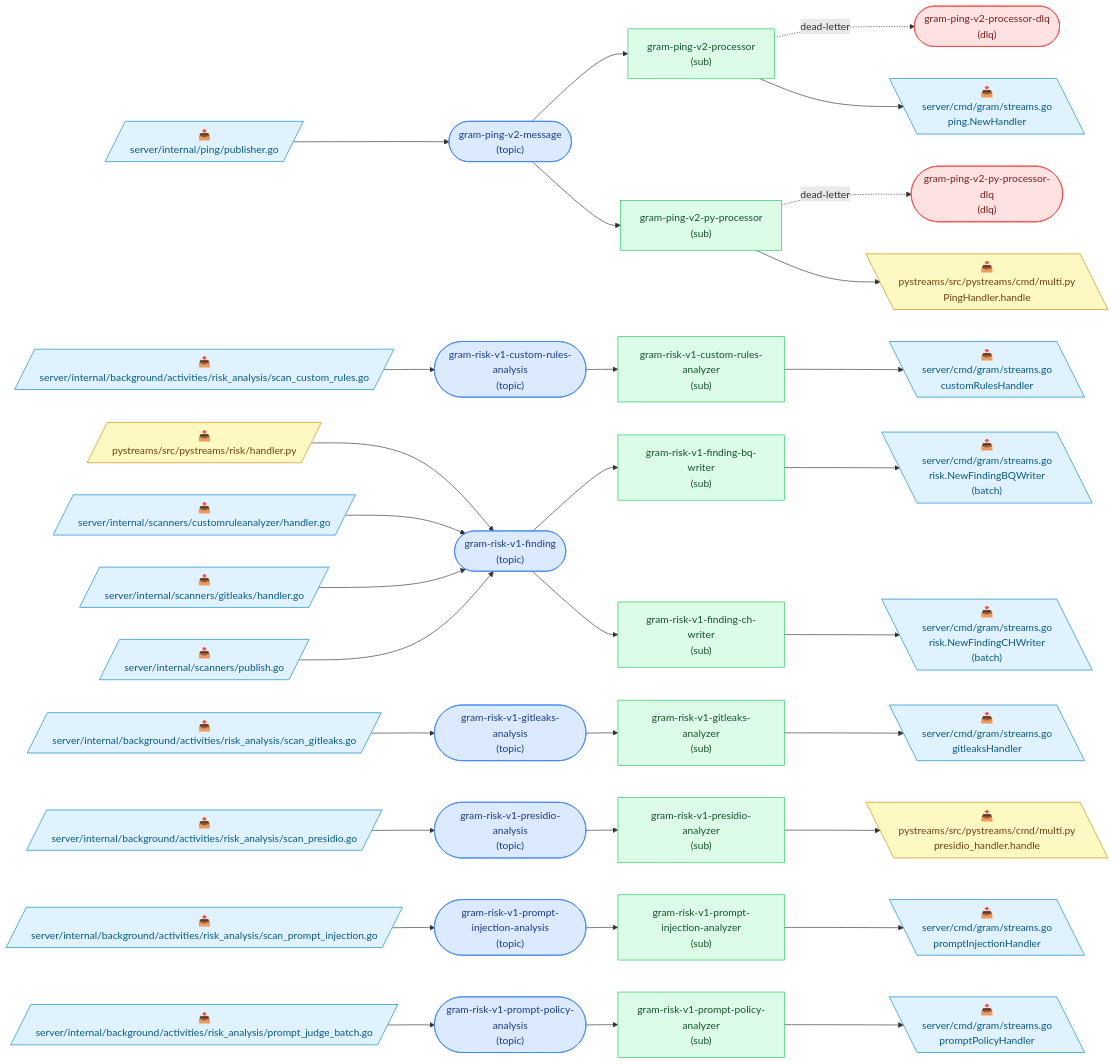
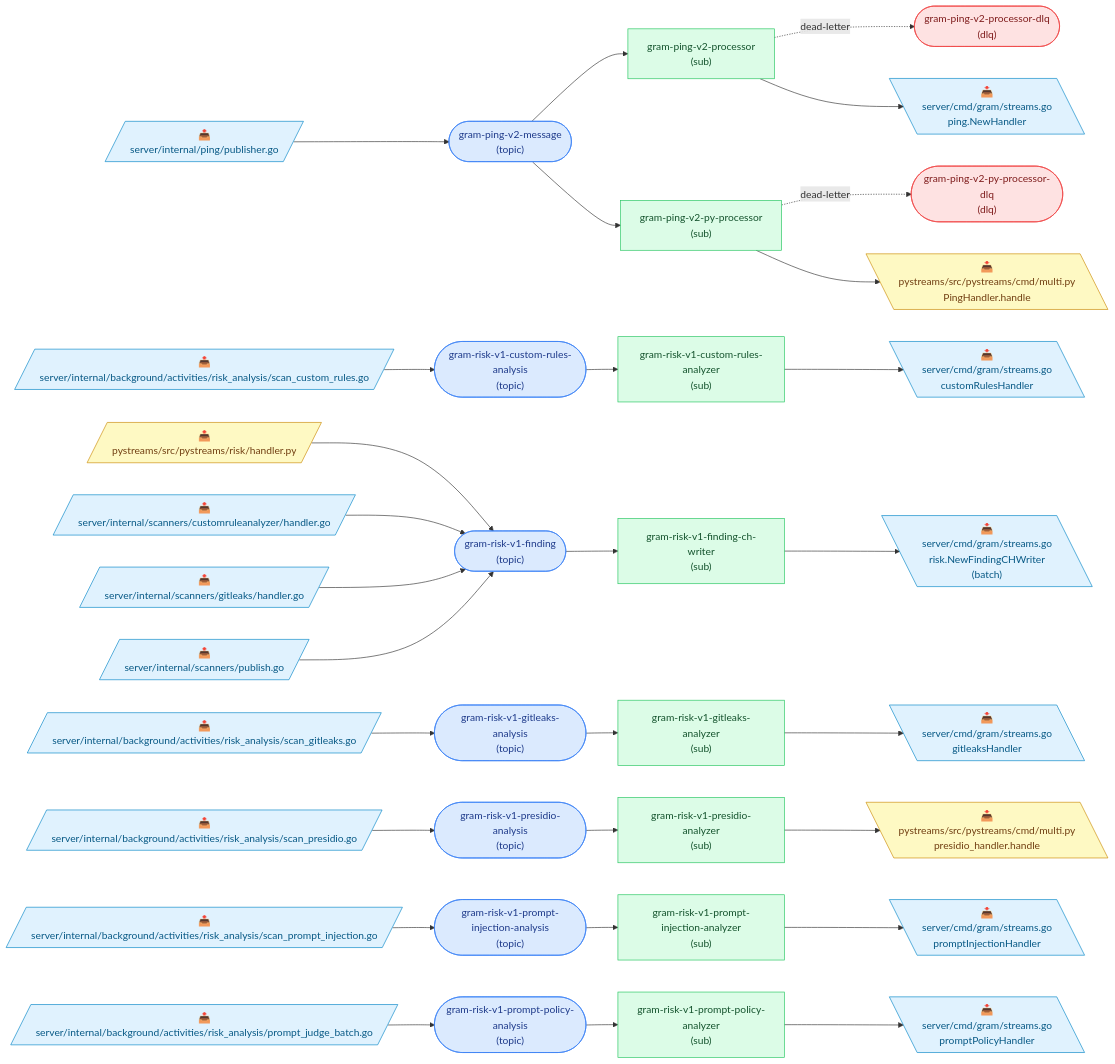
One commit to speakeasy-api/gram changed the diagram in docs/pubsub-topology.md. Above: the diagram before and after it, drawn with Mermaid. The commit also changed other lines of this file and 18 other files, not shown here.

Commit message:
chore: removes BigQuery writer for risk findings

````diff
--- a/docs/pubsub-topology.md
+++ b/docs/pubsub-topology.md
@@ -9,78 +9,74 @@
 ```mermaid
 flowchart LR
   classDef topic fill:#dbeafe,stroke:#3b82f6,color:#1e3a8a;
   classDef dlq fill:#fee2e2,stroke:#ef4444,color:#7f1d1d;
   classDef sub fill:#dcfce7,stroke:#22c55e,color:#14532d;
   classDef go fill:#e0f2fe,stroke:#0284c7,color:#075985;
   classDef python fill:#fef9c3,stroke:#ca8a04,color:#713f12;
   classDef deprecated stroke-dasharray:4 3,opacity:0.55;
 
   t_gram_ping_v2_message(["gram-ping-v2-message<br/>(topic)"]):::topic
   t_gram_ping_v2_processor_dlq(["gram-ping-v2-processor-dlq<br/>(dlq)"]):::dlq
   t_gram_ping_v2_py_processor_dlq(["gram-ping-v2-py-processor-dlq<br/>(dlq)"]):::dlq
   t_gram_risk_v1_custom_rules_analysis(["gram-risk-v1-custom-rules-analysis<br/>(topic)"]):::topic
   t_gram_risk_v1_finding(["gram-risk-v1-finding<br/>(topic)"]):::topic
   t_gram_risk_v1_gitleaks_analysis(["gram-risk-v1-gitleaks-analysis<br/>(topic)"]):::topic
   t_gram_risk_v1_presidio_analysis(["gram-risk-v1-presidio-analysis<br/>(topic)"]):::topic
   t_gram_risk_v1_prompt_injection_analysis(["gram-risk-v1-prompt-injection-analysis<br/>(topic)"]):::topic
   t_gram_risk_v1_prompt_policy_analysis(["gram-risk-v1-prompt-policy-analysis<br/>(topic)"]):::topic
   s_gram_ping_v2_processor["gram-ping-v2-processor<br/>(sub)"]:::sub
   s_gram_ping_v2_py_processor["gram-ping-v2-py-processor<br/>(sub)"]:::sub
   s_gram_risk_v1_custom_rules_analyzer["gram-risk-v1-custom-rules-analyzer<br/>(sub)"]:::sub
-  s_gram_risk_v1_finding_bq_writer["gram-risk-v1-finding-bq-writer<br/>(sub)"]:::sub
   s_gram_risk_v1_finding_ch_writer["gram-risk-v1-finding-ch-writer<br/>(sub)"]:::sub
   s_gram_risk_v1_gitleaks_analyzer["gram-risk-v1-gitleaks-analyzer<br/>(sub)"]:::sub
   s_gram_risk_v1_presidio_analyzer["gram-risk-v1-presidio-analyzer<br/>(sub)"]:::sub
   s_gram_risk_v1_prompt_injection_analyzer["gram-risk-v1-prompt-injection-analyzer<br/>(sub)"]:::sub
   s_gram_risk_v1_prompt_policy_analyzer["gram-risk-v1-prompt-policy-analyzer<br/>(sub)"]:::sub
 
   p0[/"📤<br/>server/internal/ping/publisher.go"/]:::go
   p0 --> t_gram_ping_v2_message
   p1[/"📤<br/>server/internal/background/activities/risk_analysis/scan_custom_rules.go"/]:::go
   p1 --> t_gram_risk_v1_custom_rules_analysis
   p2[/"📤<br/>pystreams/src/pystreams/risk/handler.py"/]:::python
   p2 --> t_gram_risk_v1_finding
   p3[/"📤<br/>server/internal/scanners/customruleanalyzer/handler.go"/]:::go
   p3 --> t_gram_risk_v1_finding
   p4[/"📤<br/>server/internal/scanners/gitleaks/handler.go"/]:::go
   p4 --> t_gram_risk_v1_finding
   p5[/"📤<br/>server/internal/scanners/publish.go"/]:::go
   p5 --> t_gram_risk_v1_finding
   p6[/"📤<br/>server/internal/background/activities/risk_analysis/scan_gitleaks.go"/]:::go
   p6 --> t_gram_risk_v1_gitleaks_analysis
   p7[/"📤<br/>server/internal/background/activities/risk_analysis/scan_presidio.go"/]:::go
   p7 --> t_gram_risk_v1_presidio_analysis
   p8[/"📤<br/>server/internal/background/activities/risk_analysis/scan_prompt_injection.go"/]:::go
   p8 --> t_gram_risk_v1_prompt_injection_analysis
   p9[/"📤<br/>server/internal/background/activities/risk_analysis/prompt_judge_batch.go"/]:::go
   p9 --> t_gram_risk_v1_prompt_policy_analysis
   t_gram_ping_v2_message --> s_gram_ping_v2_processor
   s_gram_ping_v2_processor -. dead-letter .-> t_gram_ping_v2_processor_dlq
   t_gram_ping_v2_message --> s_gram_ping_v2_py_processor
   s_gram_ping_v2_py_processor -. dead-letter .-> t_gram_ping_v2_py_processor_dlq
   t_gram_risk_v1_custom_rules_analysis --> s_gram_risk_v1_custom_rules_analyzer
-  t_gram_risk_v1_finding --> s_gram_risk_v1_finding_bq_writer
   t_gram_risk_v1_finding --> s_gram_risk_v1_finding_ch_writer
   t_gram_risk_v1_gitleaks_analysis --> s_gram_risk_v1_gitleaks_analyzer
   t_gram_risk_v1_presidio_analysis --> s_gram_risk_v1_presidio_analyzer
   t_gram_risk_v1_prompt_injection_analysis --> s_gram_risk_v1_prompt_injection_analyzer
   t_gram_risk_v1_prompt_policy_analysis --> s_gram_risk_v1_prompt_policy_analyzer
   c10[\"📥<br/>server/cmd/gram/streams.go<br/>ping.NewHandler"\]:::go
   s_gram_ping_v2_processor --> c10
   c11[\"📥<br/>pystreams/src/pystreams/cmd/multi.py<br/>PingHandler.handle"\]:::python
   s_gram_ping_v2_py_processor --> c11
   c12[\"📥<br/>server/cmd/gram/streams.go<br/>customRulesHandler"\]:::go
   s_gram_risk_v1_custom_rules_analyzer --> c12
-  c13[\"📥<br/>server/cmd/gram/streams.go<br/>risk.NewFindingBQWriter<br/>(batch)"\]:::go
-  s_gram_risk_v1_finding_bq_writer --> c13
-  c14[\"📥<br/>server/cmd/gram/streams.go<br/>risk.NewFindingCHWriter<br/>(batch)"\]:::go
-  s_gram_risk_v1_finding_ch_writer --> c14
-  c15[\"📥<br/>server/cmd/gram/streams.go<br/>gitleaksHandler"\]:::go
-  s_gram_risk_v1_gitleaks_analyzer --> c15
-  c16[\"📥<br/>pystreams/src/pystreams/cmd/multi.py<br/>presidio_handler.handle"\]:::python
-  s_gram_risk_v1_presidio_analyzer --> c16
-  c17[\"📥<br/>server/cmd/gram/streams.go<br/>promptInjectionHandler"\]:::go
-  s_gram_risk_v1_prompt_injection_analyzer --> c17
-  c18[\"📥<br/>server/cmd/gram/streams.go<br/>promptPolicyHandler"\]:::go
-  s_gram_risk_v1_prompt_policy_analyzer --> c18
+  c13[\"📥<br/>server/cmd/gram/streams.go<br/>risk.NewFindingCHWriter<br/>(batch)"\]:::go
+  s_gram_risk_v1_finding_ch_writer --> c13
+  c14[\"📥<br/>server/cmd/gram/streams.go<br/>gitleaksHandler"\]:::go
+  s_gram_risk_v1_gitleaks_analyzer --> c14
+  c15[\"📥<br/>pystreams/src/pystreams/cmd/multi.py<br/>presidio_handler.handle"\]:::python
+  s_gram_risk_v1_presidio_analyzer --> c15
+  c16[\"📥<br/>server/cmd/gram/streams.go<br/>promptInjectionHandler"\]:::go
+  s_gram_risk_v1_prompt_injection_analyzer --> c16
+  c17[\"📥<br/>server/cmd/gram/streams.go<br/>promptPolicyHandler"\]:::go
+  s_gram_risk_v1_prompt_policy_analyzer --> c17
 ```
````
